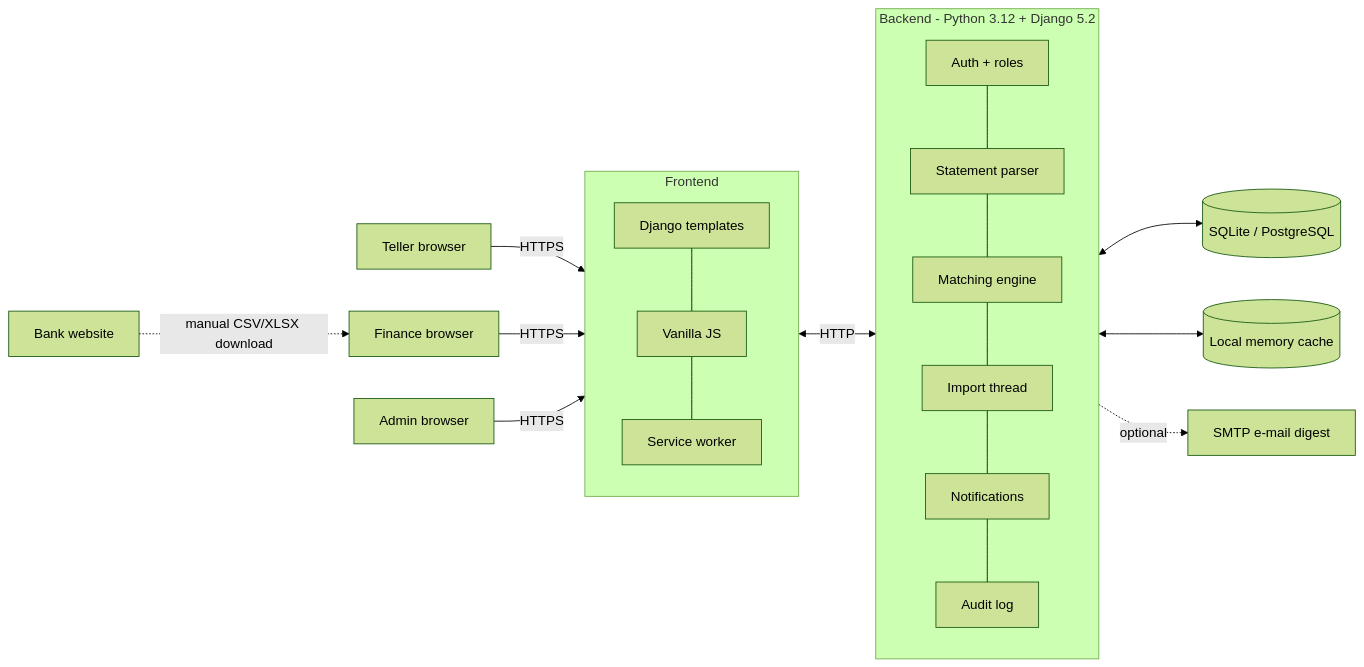
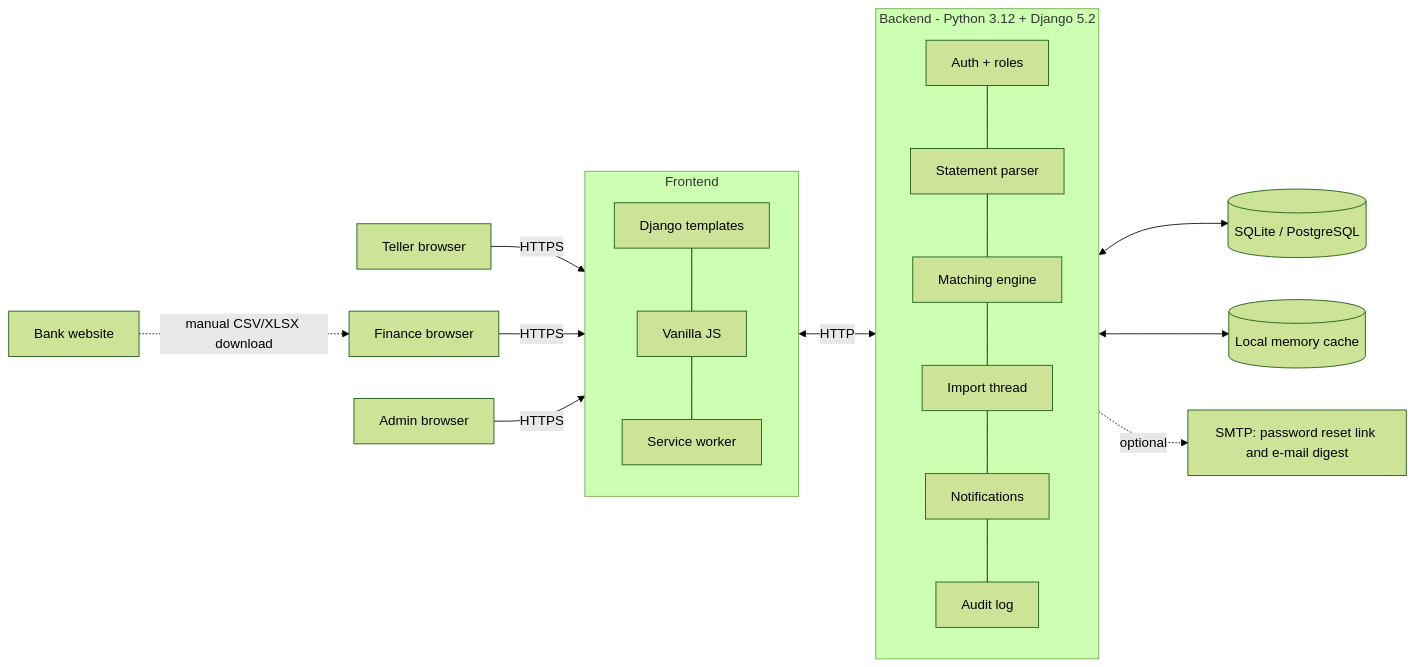
The diagram in docs/ARCHITECTURE.md (niqanabila16/Payment-Verification-Reconciliation-Automation), drawn with Mermaid (forest theme) before and after one commit. The commit also changed other lines of this file and 713 other files, not shown here.

````diff
--- a/docs/ARCHITECTURE.md
+++ b/docs/ARCHITECTURE.md
@@ -7,18 +7,18 @@
 ```mermaid
 flowchart LR
   T[Teller browser] -->|HTTPS| FE
   F[Finance browser] -->|HTTPS| FE
   A[Admin browser] -->|HTTPS| FE
   subgraph FE[Frontend]
     TPL[Django templates] --- JS[Vanilla JS] --- SW[Service worker]
   end
   FE <-->|HTTP| BE
   subgraph BE[Backend - Python 3.12 + Django 5.2]
     AUTH[Auth + roles] --- PARSE[Statement parser] --- ENG[Matching engine]
     ENG --- THR[Import thread] --- NOTI[Notifications] --- AUD[Audit log]
   end
   BE <--> DB[(SQLite / PostgreSQL)]
   BE <--> CACHE[(Local memory cache)]
-  BE -.optional.-> SMTP[SMTP e-mail digest]
+  BE -.optional.-> SMTP[SMTP: password reset link and e-mail digest]
   BANK[Bank website] -. manual CSV/XLSX download .-> F
 ```
````
